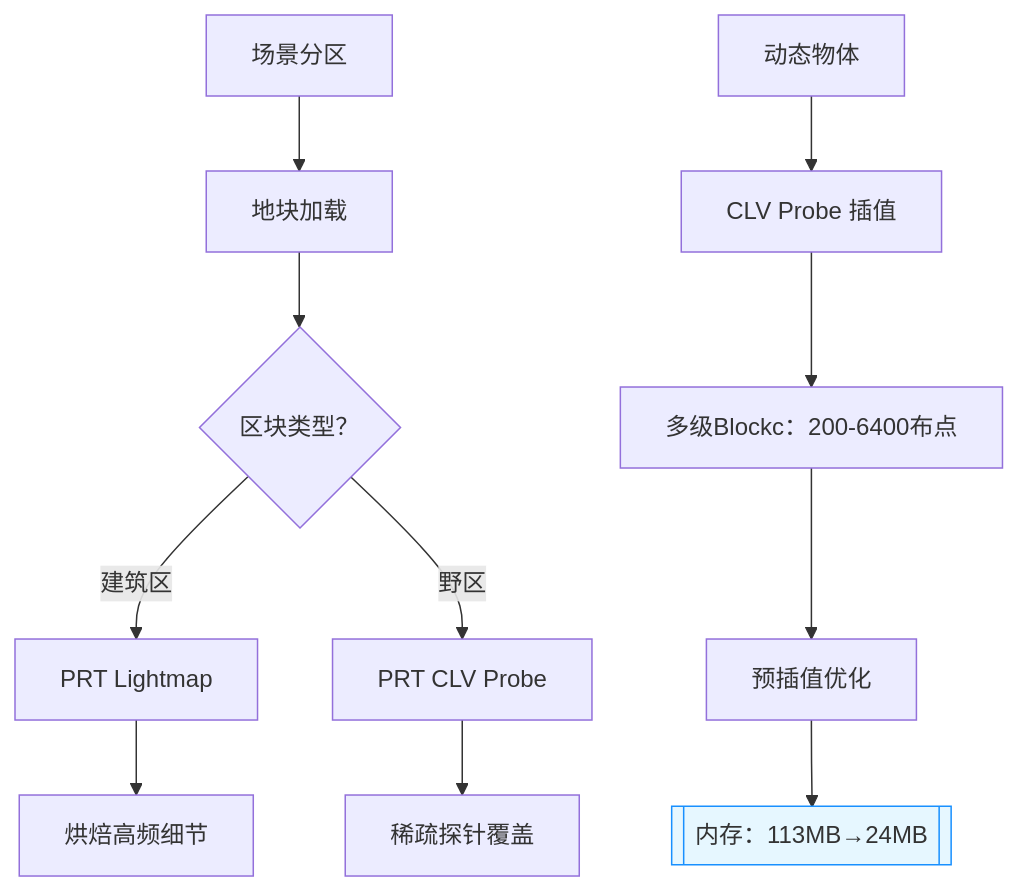
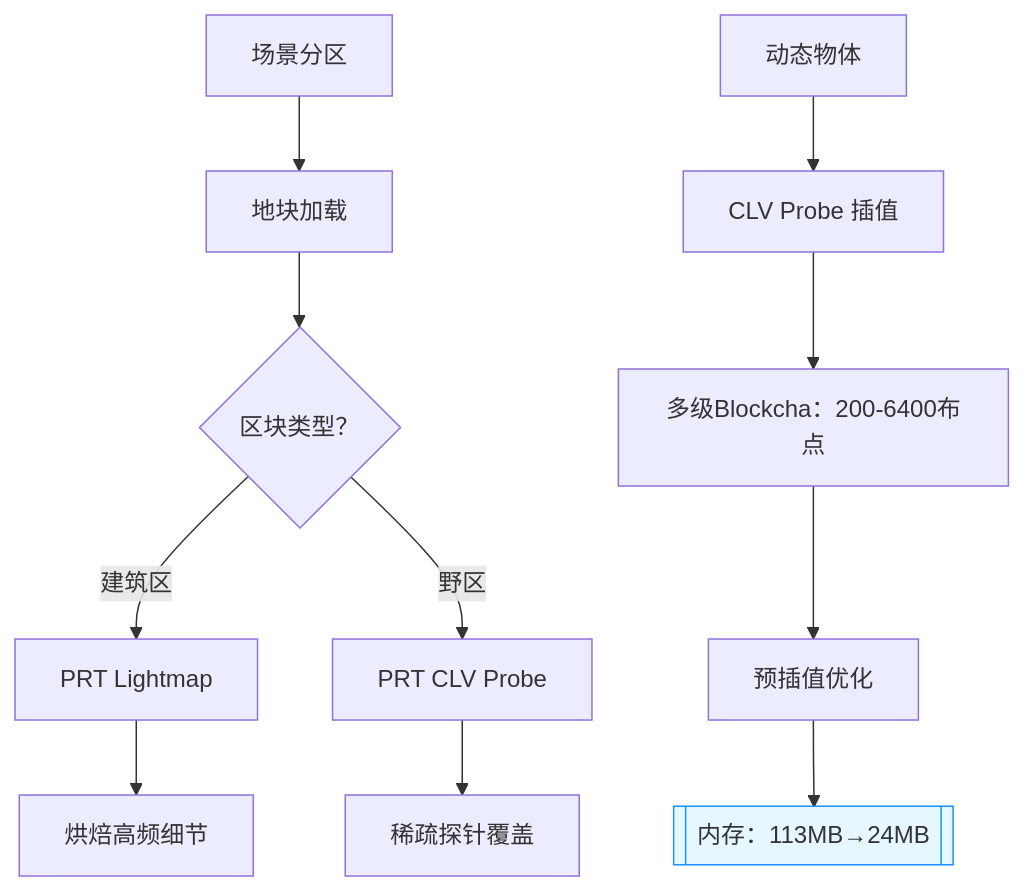
Before and after one commit to archieluan/iodraw-files: the diagram in all/未命名-4.md, drawn with Mermaid.

Commit message:
2025-06-13 15:59:06 update

````diff
--- a/all/未命名-4.md
+++ b/all/未命名-4.md
@@ -1,14 +1,14 @@
 ```mermaid
 graph TD
     A[场景分区] --> B[地块加载]
     B --> C{区块类型？}
     C -->|建筑区| D[PRT Lightmap]
     C -->|野区| E[PRT CLV Probe]
     D --> F[烘焙高频细节]
     E --> G[稀疏探针覆盖]
     H[动态物体] --> I[CLV Probe 插值]
-    I --> J[多级Blockc：200-6400布点]
+    I --> J[多级Blockcha：200-6400布点]
     J --> K[预插值优化]
     K --> L[[内存：113MB→24MB]]
     style L fill:#e6f7ff,stroke:#1890ff
 ```
````
